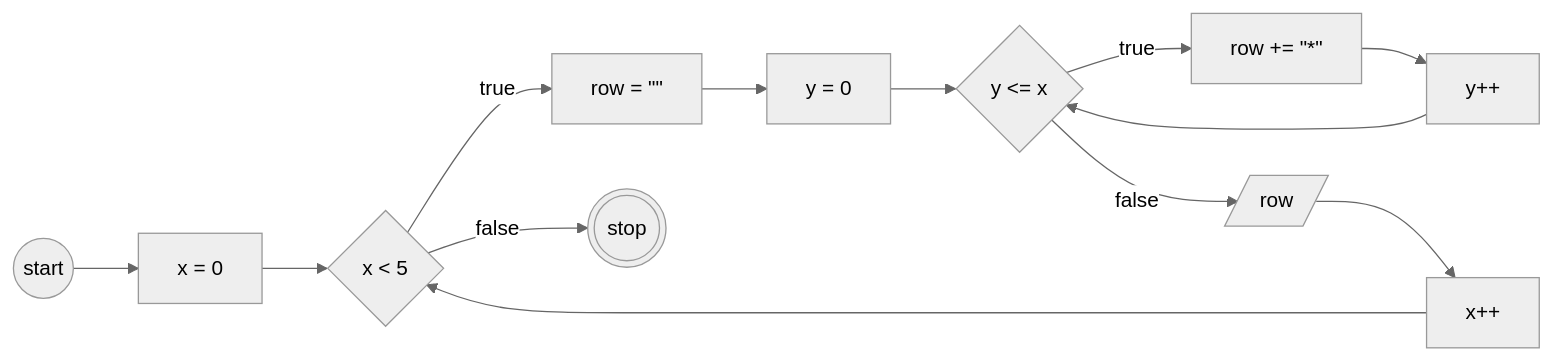
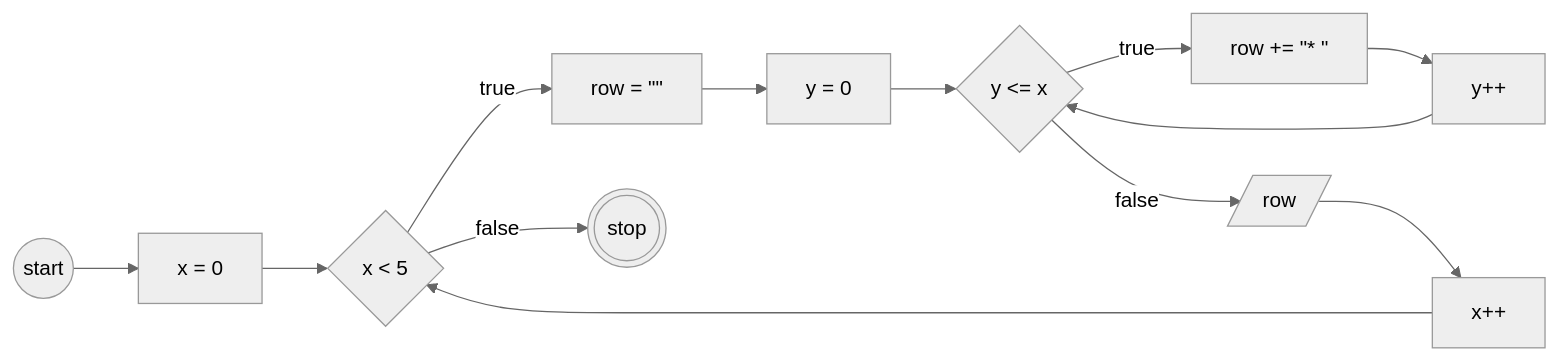
One commit to aldi-ardyansah/koda-b10-javascript3 changed the second of 2 diagrams in README.md. Above: the diagram before and after it, drawn with Mermaid (neutral theme). The commit also changed other lines of this file, not shown here.

````diff
--- a/README.md
+++ b/README.md
@@ -55,27 +55,27 @@
 ```mermaid
 flowchart LR
     A((start))
     B[x = 0]
     C{x < 5}
     D[row = #quot;#quot;]
     E[y = 0]
     F{y <= x}
-    G[row += #quot;*#quot;]
+    G[row += #quot;* #quot;]
     H[y++]
     I[/row/]
     J[x++]
     Z(((stop)))
 
     A --> B
     B --> C
     C --true--> D
     D --> E
     E --> F
     F --true--> G
     G --> H
     H --> F
     F --false--> I
     I --> J
     J --> C
     C --false--> Z
 ```
````
